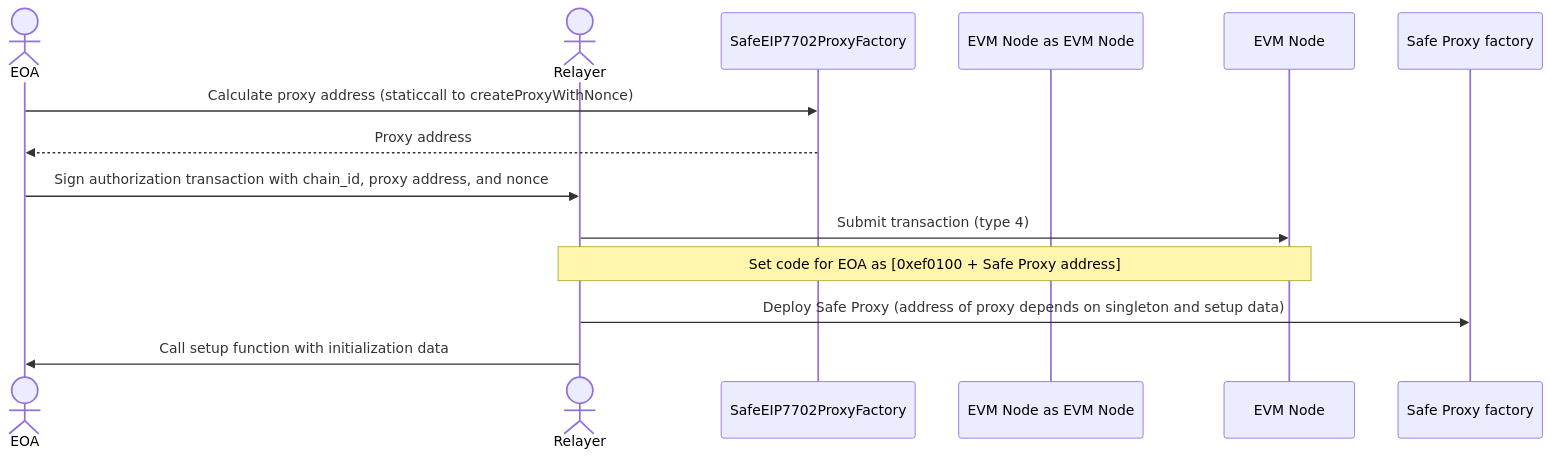
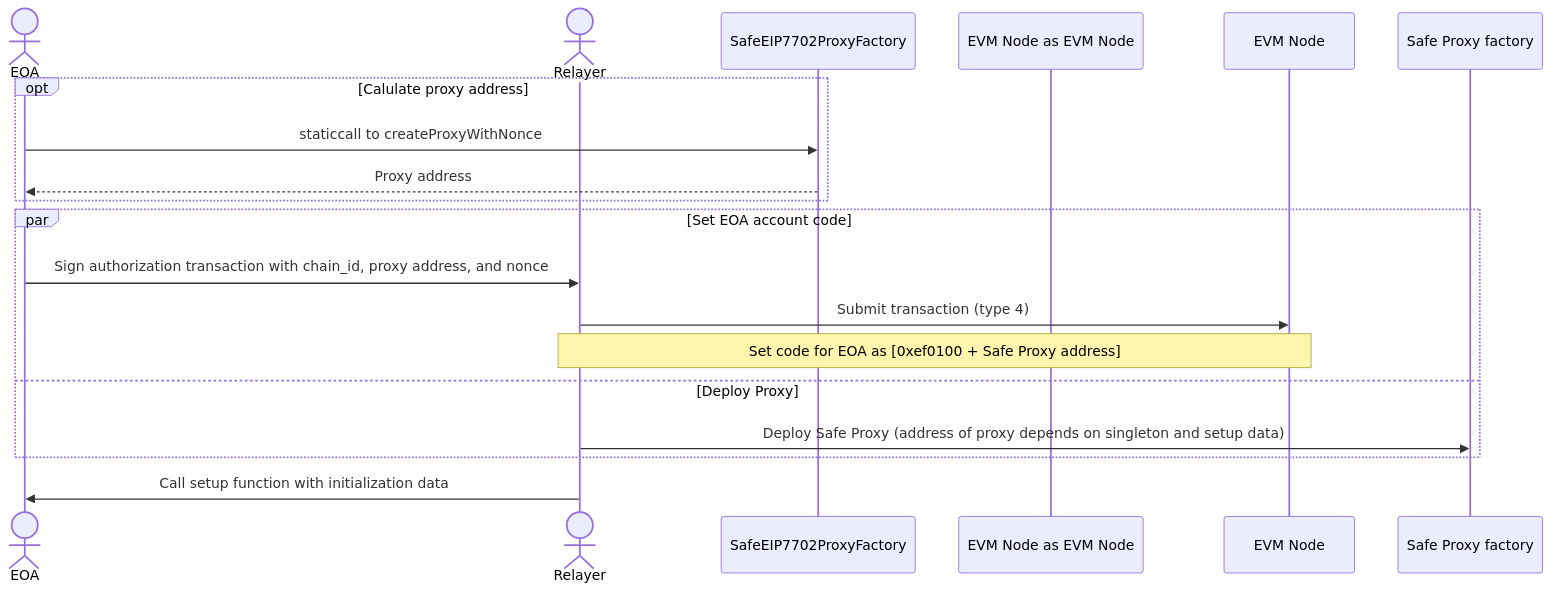
The diagram in safe-eip7702-contracts/README.md (5afe/safe-eip7702), drawn with Mermaid before and after one commit.

Commit message:
Update sequence diagram

````diff
--- a/safe-eip7702-contracts/README.md
+++ b/safe-eip7702-contracts/README.md
@@ -44,14 +44,19 @@
 ```mermaid
 sequenceDiagram
     actor EOA as EOA
     actor Relayer as Relayer
     participant SafeEIP7702ProxyFactory as SafeEIP7702ProxyFactory
     participant EVM Node as EVM Node
-    EOA->>SafeEIP7702ProxyFactory: Calculate proxy address (staticcall to createProxyWithNonce)
+    opt Calulate proxy address
+    EOA->>SafeEIP7702ProxyFactory: staticcall to createProxyWithNonce
     SafeEIP7702ProxyFactory-->>EOA: Proxy address
+    end
+    par Set EOA account code
     EOA->>Relayer: Sign authorization transaction with chain_id, proxy address, and nonce
     Relayer->>EVM Node: Submit transaction (type 4)
     Note over Relayer,EVM Node: Set code for EOA as [0xef0100 + Safe Proxy address]
-    Relayer->>Safe Proxy factory: Deploy Safe Proxy (address of proxy depends on singleton and setup data)
+    and Deploy Proxy
+        Relayer->>Safe Proxy factory: Deploy Safe Proxy (address of proxy depends on singleton and setup data)
+    end
     Relayer->>EOA: Call setup function with initialization data
 ```
````
